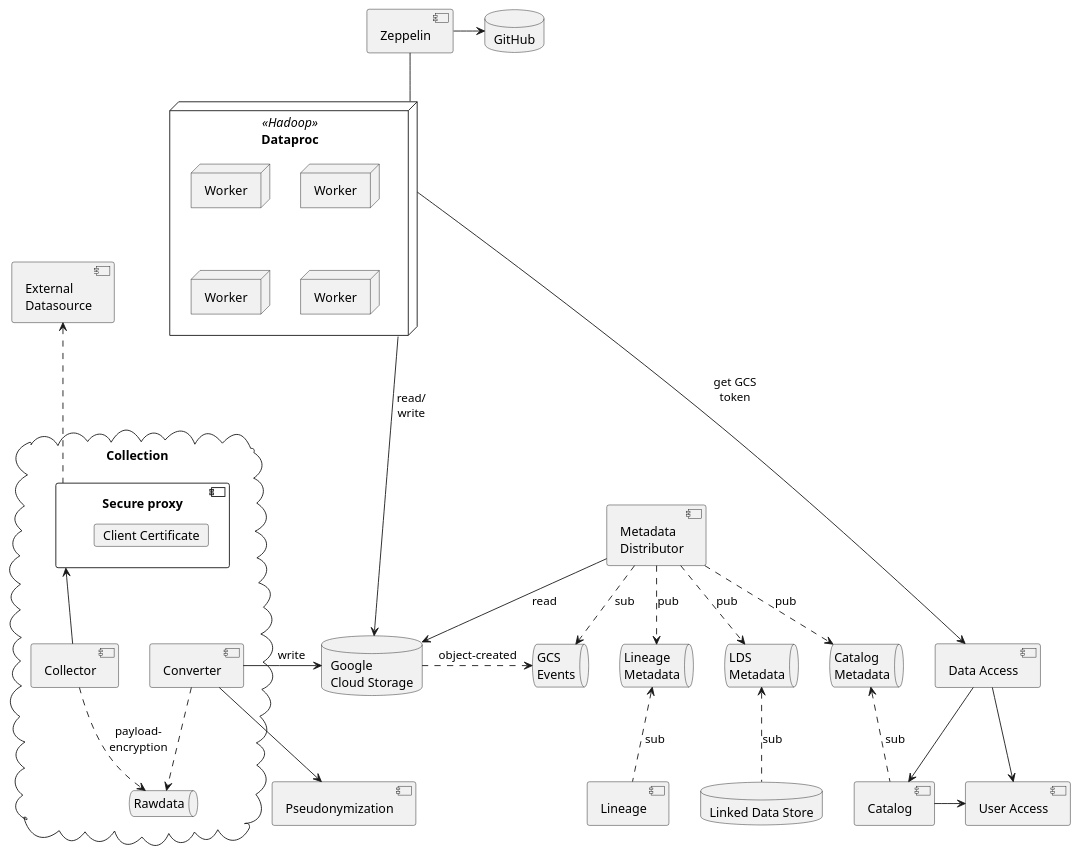
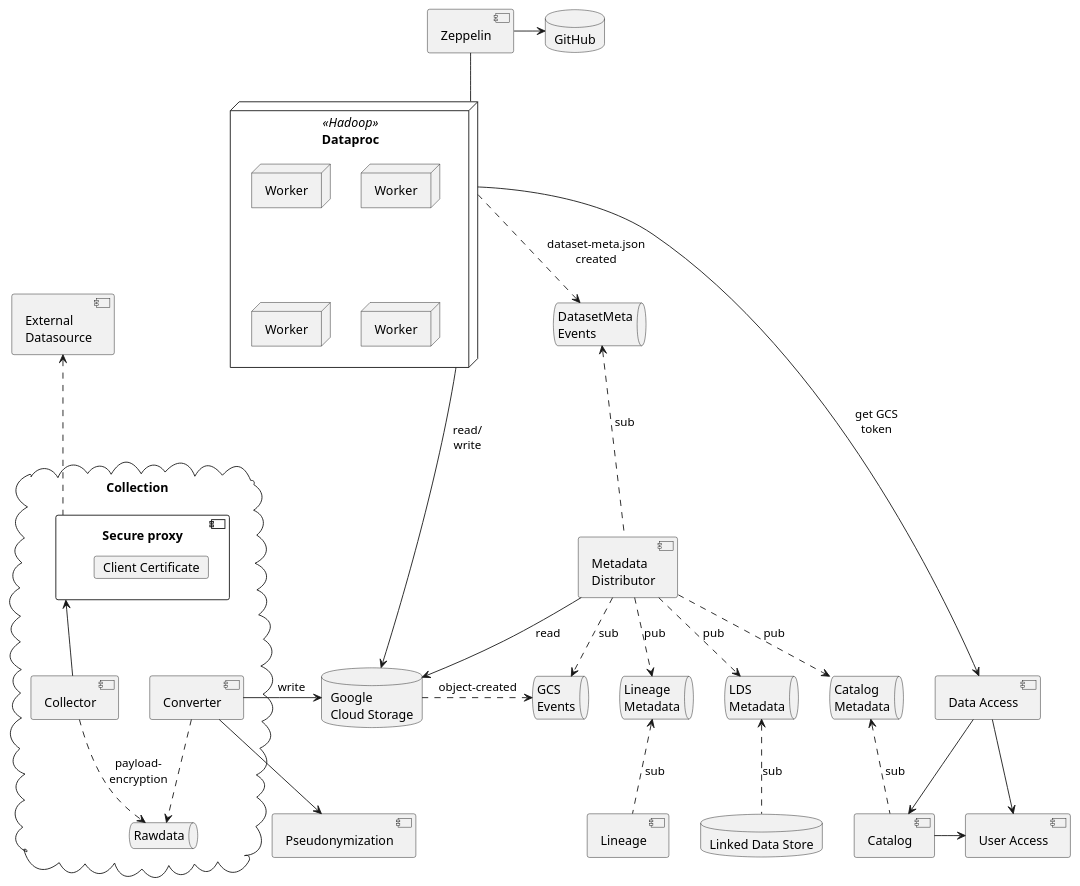
The diagram in doc/components.puml (statisticsnorway/dapla-project), drawn with PlantUML before and after one commit.

Commit message:
Updated architecture with dataset-meta queue

```diff
--- a/doc/components.puml
+++ b/doc/components.puml
@@ -1,66 +1,70 @@
 @startuml
 
 component "User Access" as user_access
 component "Catalog" as catalog
 component "Pseudonymization" as pseudo
 component "Lineage" as lineage
 component "Data Access" as data_access
 database "Linked Data Store" as lds {
 }
 database "Google\nCloud Storage" as gcs {
 }
 node "Dataproc" <<Hadoop>> as dataproc {
   node "Worker" as worker1
   node "Worker" as worker2
   node "Worker" as worker3
   node "Worker" as worker4
 }
 component "Zeppelin" as zeppelin
 catalog -> user_access
 data_access --> catalog
 data_access --> user_access
 
 database "GitHub" as github
 
 zeppelin -- dataproc
 zeppelin -> github
 dataproc ----> gcs : \n\nread/\nwrite
 dataproc ----> data_access : get GCS\ntoken
 
 component "External\nDatasource" as source
 component "Metadata\nDistributor" as distributor
+queue "DatasetMeta\nEvents" as datasetmetaevents {
+}
 queue "GCS\nEvents" as gcsevents {
 }
 queue "Catalog\nMetadata" as catalogQ {
 }
 queue "LDS\nMetadata" as ldsQ {
 }
 queue "Lineage\nMetadata" as lineageQ {
 }
 cloud Collection {
     component "Secure proxy" as sec_proxy {
         card "Client Certificate" as client_cert
     }
     component "Collector" as collector
     queue "Rawdata" as rawdata {
     }
     component "Converter" as converter
     collector -u-> sec_proxy
     collector ..> rawdata : payload-\nencryption
     converter ..> rawdata
     converter -> gcs : "      write"
     converter --> pseudo
 }
 
 distributor --> gcs : read
 distributor ..> lineageQ : pub
 distributor ..> catalogQ : pub
 distributor ..> ldsQ : pub
 gcs .> gcsevents : object-created
+dataproc ..> datasetmetaevents : dataset-meta.json\ncreated
 distributor .> gcsevents : sub
+distributor .u-> datasetmetaevents : sub
 lds .u.> ldsQ : sub
 catalog .u.> catalogQ : sub
 lineage .u.> lineageQ : sub
 sec_proxy .u.> source
 
 @enduml
```
